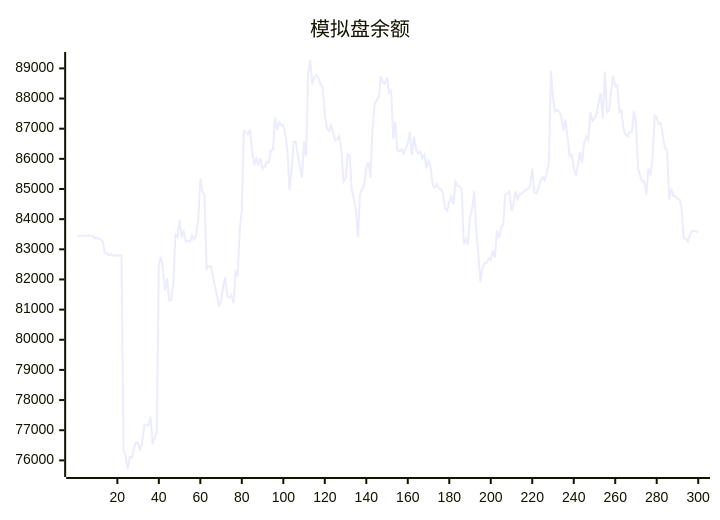
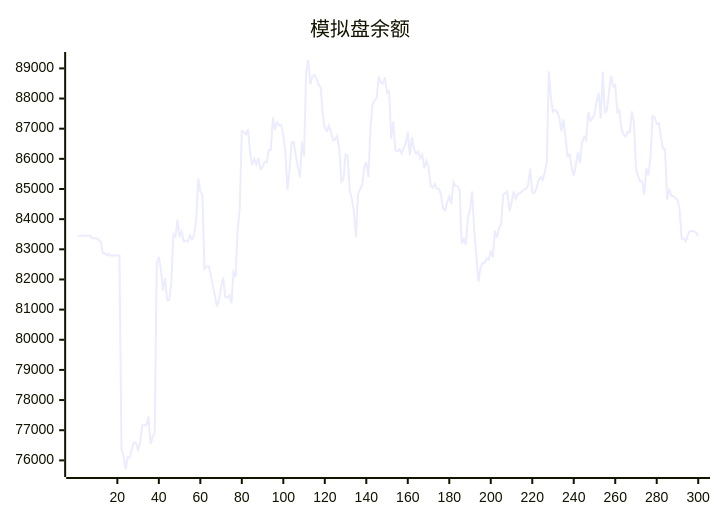
Before and after one commit to aahl/ai-trading: the diagram in README.md, drawn with Mermaid. The commit also changed other lines of this file and 1 other file, not shown here.

````diff
--- a/README.md
+++ b/README.md
@@ -5,5 +5,5 @@
 ```mermaid
 xychart
     title "模拟盘余额"
-    line [83440,83440,83446,83447,83448,83447,83448,83449,83369,83369,83369,83313,83256,82872,82873,82801,82844,82785,82791,82791,82793,82794,76339,76145,75714,76110,76096,76397,76594,76585,76310,76607,77160,77170,77160,77456,76541,76774,76927,82520,82744,82337,81639,82040,81307,81314,81887,83490,83414,83984,83396,83594,83261,83287,83253,83470,83327,83465,83987,85348,84930,84786,82355,82433,82438,82167,81795,81466,81105,81315,81756,82064,81426,81398,81481,81210,82242,82099,83658,84359,86925,86892,86814,86980,86203,85802,86003,85811,86028,85657,85721,85896,85880,86300,86299,87378,86965,87214,87115,87118,86780,86238,84966,85623,86555,86562,86129,85722,85387,86569,86070,88870,89278,88477,88720,88781,88668,88467,88372,87493,87018,86917,87102,86870,86613,86644,86758,86317,85242,85334,86149,86106,84968,84671,84302,83410,84816,85001,85127,85693,85891,85384,87001,87811,87945,88007,88734,88528,88495,88705,88189,88248,86662,87234,86279,86251,86314,86177,86364,86503,86886,86114,86731,86310,86176,86240,86017,86136,85685,85938,85749,85111,85044,85164,85016,85008,84824,84354,84287,84572,84745,84500,85234,85096,85095,84970,83180,83338,83157,84070,84309,84922,83667,82850,81924,82369,82552,82539,82695,82648,82962,82728,83619,83378,83710,83825,84819,84854,84917,84265,84527,84919,84668,84834,84850,84916,84981,85004,85131,85674,84891,84864,85019,85284,85393,85294,85538,85894,88904,88012,87567,87625,87568,87386,86920,87313,86737,86094,86143,85725,85437,85787,86219,85859,86526,86740,86630,87563,87264,87335,87483,87886,88180,87335,88894,87544,87608,88207,88755,88401,88444,87543,87608,87000,86810,86740,86894,86884,87576,87209,85686,85435,85251,85255,84820,85689,85453,86066,87420,87373,87161,87178,86740,86341,86315,84643,85012,84772,84768,84690,84635,84376,83360,83357,83259,83474,83608,83606,83602,83548]
+    line [83440,83446,83447,83448,83447,83448,83449,83369,83369,83369,83313,83256,82872,82873,82801,82844,82785,82791,82791,82793,82794,76339,76145,75714,76110,76096,76397,76594,76585,76310,76607,77160,77170,77160,77456,76541,76774,76927,82520,82744,82337,81639,82040,81307,81314,81887,83490,83414,83984,83396,83594,83261,83287,83253,83470,83327,83465,83987,85348,84930,84786,82355,82433,82438,82167,81795,81466,81105,81315,81756,82064,81426,81398,81481,81210,82242,82099,83658,84359,86925,86892,86814,86980,86203,85802,86003,85811,86028,85657,85721,85896,85880,86300,86299,87378,86965,87214,87115,87118,86780,86238,84966,85623,86555,86562,86129,85722,85387,86569,86070,88870,89278,88477,88720,88781,88668,88467,88372,87493,87018,86917,87102,86870,86613,86644,86758,86317,85242,85334,86149,86106,84968,84671,84302,83410,84816,85001,85127,85693,85891,85384,87001,87811,87945,88007,88734,88528,88495,88705,88189,88248,86662,87234,86279,86251,86314,86177,86364,86503,86886,86114,86731,86310,86176,86240,86017,86136,85685,85938,85749,85111,85044,85164,85016,85008,84824,84354,84287,84572,84745,84500,85234,85096,85095,84970,83180,83338,83157,84070,84309,84922,83667,82850,81924,82369,82552,82539,82695,82648,82962,82728,83619,83378,83710,83825,84819,84854,84917,84265,84527,84919,84668,84834,84850,84916,84981,85004,85131,85674,84891,84864,85019,85284,85393,85294,85538,85894,88904,88012,87567,87625,87568,87386,86920,87313,86737,86094,86143,85725,85437,85787,86219,85859,86526,86740,86630,87563,87264,87335,87483,87886,88180,87335,88894,87544,87608,88207,88755,88401,88444,87543,87608,87000,86810,86740,86894,86884,87576,87209,85686,85435,85251,85255,84820,85689,85453,86066,87420,87373,87161,87178,86740,86341,86315,84643,85012,84772,84768,84690,84635,84376,83360,83357,83259,83474,83608,83606,83602,83548,83440]
 ```
````
